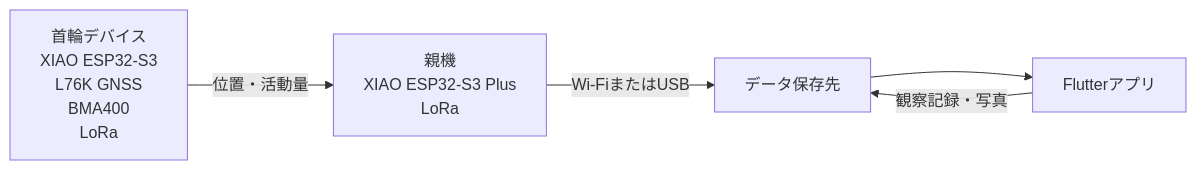
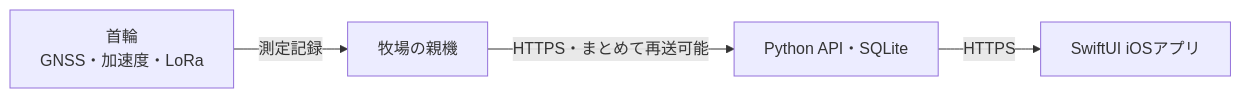
One commit to nanato0818/Cowlog changed the diagram in docs/architecture.md. Above: the diagram before and after it, drawn with Mermaid. The commit also changed other lines of this file and 15 other files, not shown here.

````diff
--- a/docs/architecture.md
+++ b/docs/architecture.md
@@ -3,7 +3,6 @@
 ```mermaid
 flowchart LR
-  Collar[首輪デバイス\nXIAO ESP32-S3\nL76K GNSS\nBMA400\nLoRa] -->|位置・活動量| Gateway[親機\nXIAO ESP32-S3 Plus\nLoRa]
-  Gateway -->|Wi-FiまたはUSB| Data[データ保存先]
-  Data --> App[Flutterアプリ]
-  App -->|観察記録・写真| Data
+  Collar[首輪\nGNSS・加速度・LoRa] -->|測定記録| Gateway[牧場の親機]
+  Gateway -->|HTTPS・まとめて再送可能| API[Python API・SQLite]
+  API -->|HTTPS| App[SwiftUI iOSアプリ]
 ```
````
